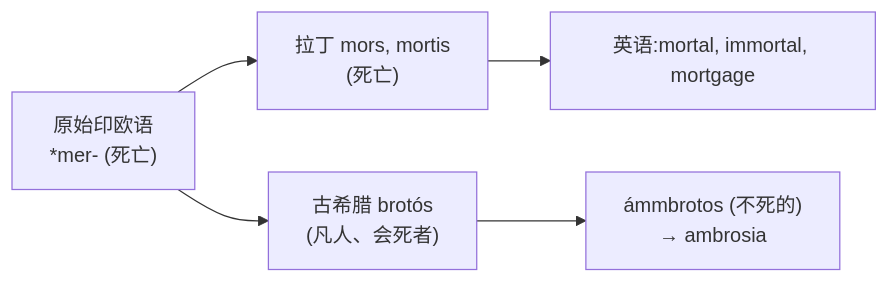
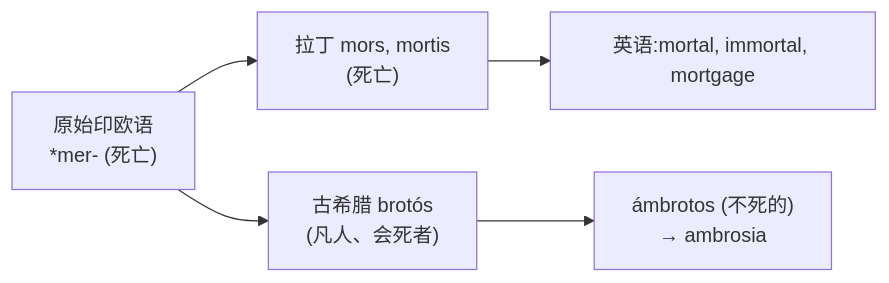
The first of 4 diagrams in 02-拉丁之根/第10章-mors家族.md (swiftczz/roots-affixes-book), drawn with Mermaid before and after one commit. The commit also changed 29 other files, not shown here.

````diff
--- a/02-拉丁之根/第10章-mors家族.md
+++ b/02-拉丁之根/第10章-mors家族.md
@@ -21,8 +21,8 @@
 ```mermaid
 flowchart LR
     pie["原始印欧语<br/>*mer- (死亡)"]
     pie --> lat["拉丁 mors, mortis<br/>(死亡)"]
     pie --> grk["古希腊 brotós<br/>(凡人、会死者)"]
     lat --> en["英语:mortal, immortal, mortgage"]
-    grk --> ambr["ámmbrotos (不死的)<br/>→ ambrosia"]
+    grk --> ambr["ámbrotos (不死的)<br/>→ ambrosia"]
 ```
````
